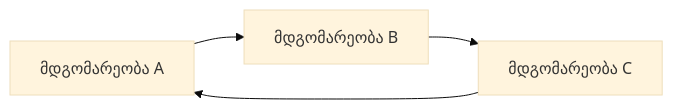
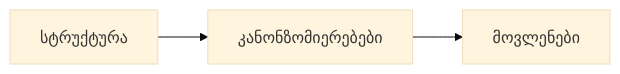
The second of 25 diagrams in books/src/007.md (DavidTbilisi/BookSummary), drawn with Mermaid (base theme) before and after one commit. The commit also changed other lines of this file and 10 other files, not shown here.

````diff
--- a/books/src/007.md
+++ b/books/src/007.md
@@ -35,6 +39,4 @@
 ```mermaid
 flowchart LR
-  A[მდგომარეობა A] --> B[მდგომარეობა B]
-  B --> C[მდგომარეობა C]
-  C --> A
+  Structure[სტრუქტურა] --> Patterns[კანონზომიერებები] --> Events[მოვლენები]
 ```
````
